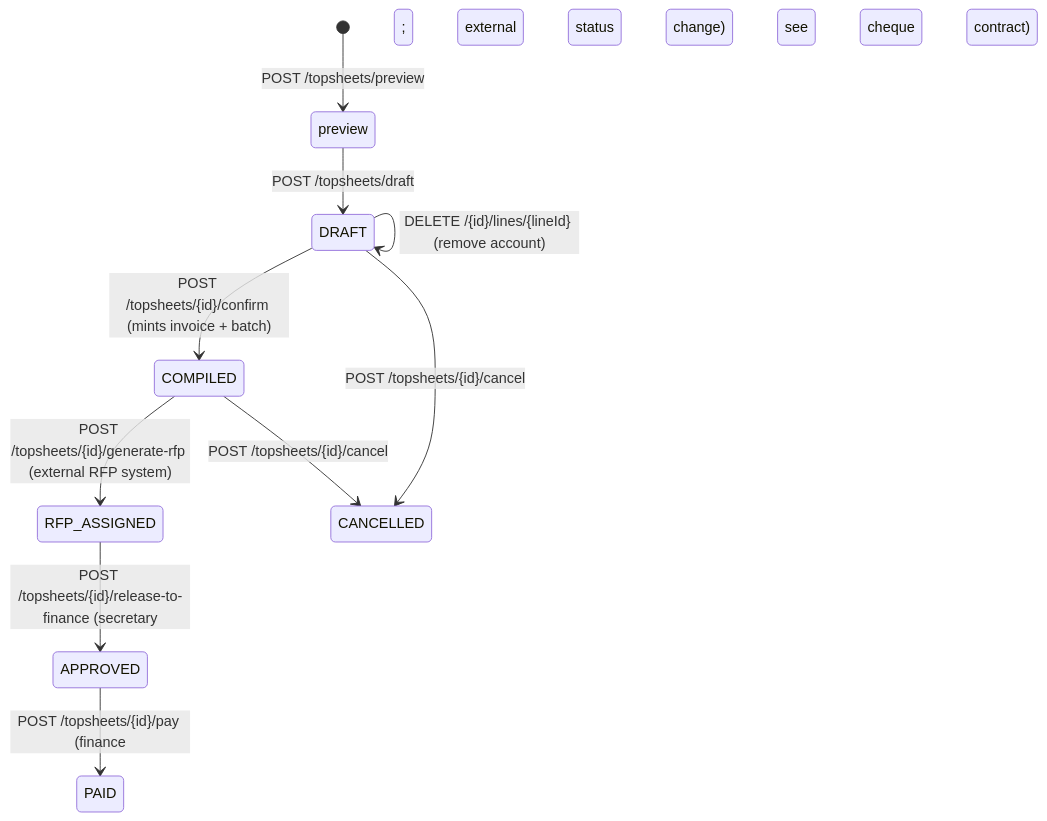
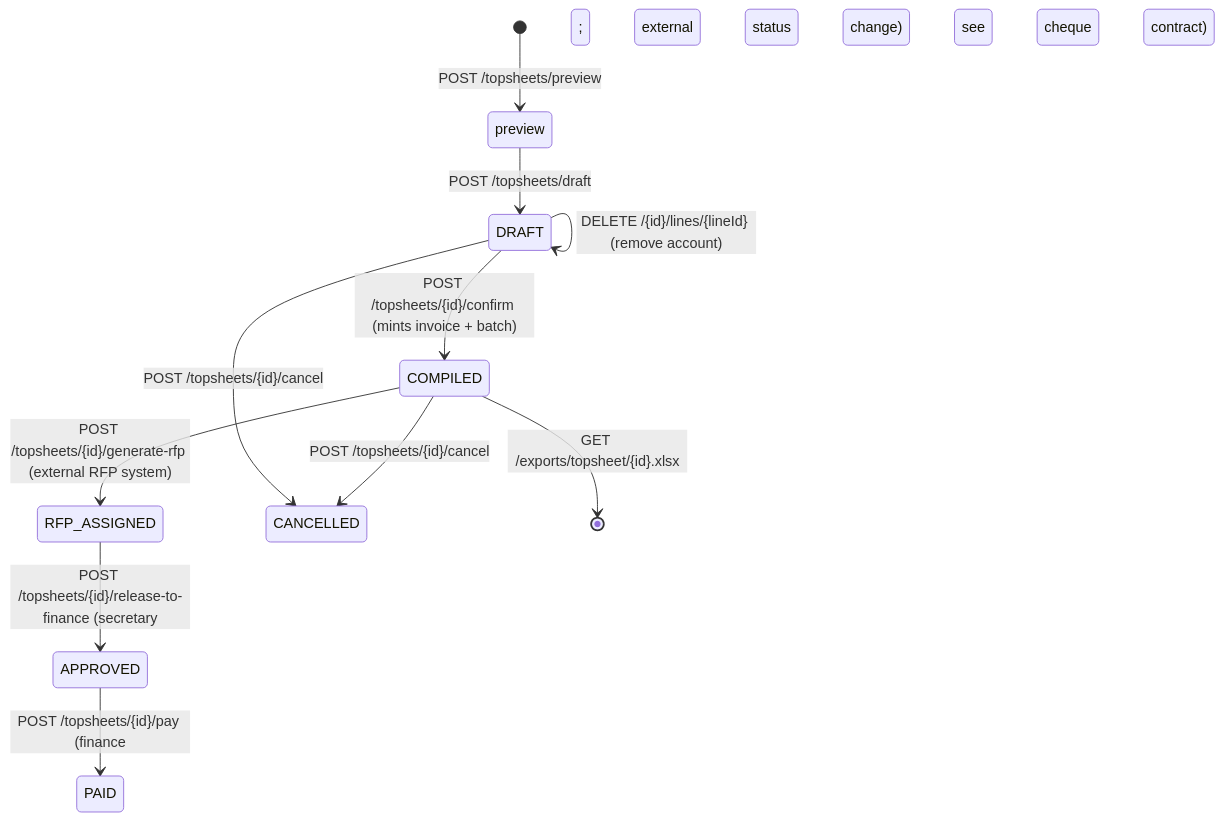
The diagram in apicontracts/TOPSHEET_COMPILE_API_CONTRACT.md (mikegarcia8748/ibms-backend), drawn with Mermaid before and after one commit. The commit also changed other lines of this file, not shown here.

First line of the commit message:
docs(topsheet): document the Excel export endpoint and add worked examples

````diff
--- a/apicontracts/TOPSHEET_COMPILE_API_CONTRACT.md
+++ b/apicontracts/TOPSHEET_COMPILE_API_CONTRACT.md
@@ -38,13 +39,14 @@
 ```mermaid
 stateDiagram-v2
     [*] --> preview: POST /topsheets/preview
     preview --> DRAFT: POST /topsheets/draft
     DRAFT --> COMPILED: POST /topsheets/{id}/confirm (mints invoice + batch)
     COMPILED --> RFP_ASSIGNED: POST /topsheets/{id}/generate-rfp (external RFP system)
     RFP_ASSIGNED --> APPROVED: POST /topsheets/{id}/release-to-finance (secretary; external status change)
     APPROVED --> PAID: POST /topsheets/{id}/pay (finance; see cheque contract)
     DRAFT --> CANCELLED: POST /topsheets/{id}/cancel
     COMPILED --> CANCELLED: POST /topsheets/{id}/cancel
     DRAFT --> DRAFT: PATCH /{id}/lines/{lineId} (edit amount)
     DRAFT --> DRAFT: DELETE /{id}/lines/{lineId} (remove account)
+    COMPILED --> [*]: GET /exports/topsheet/{id}.xlsx
 ```
````
